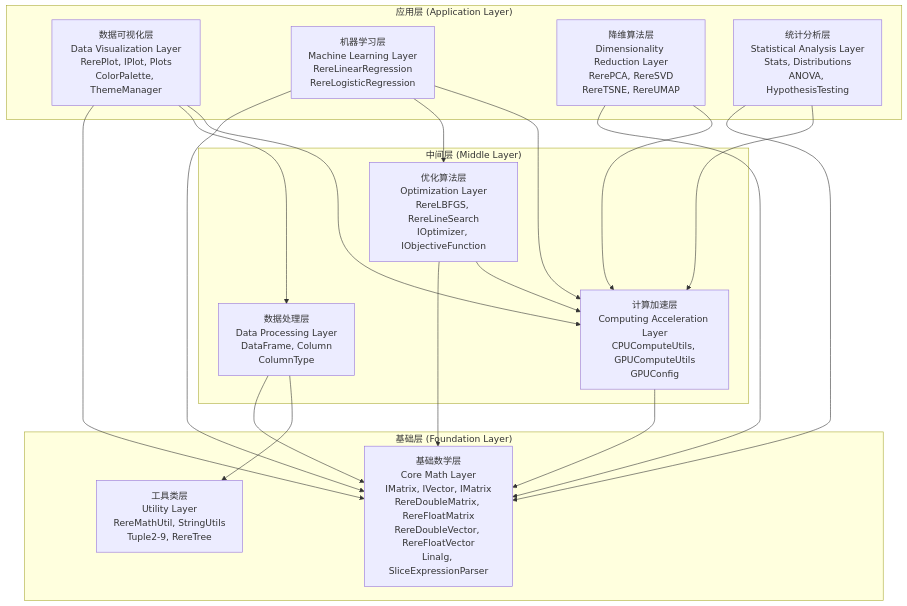
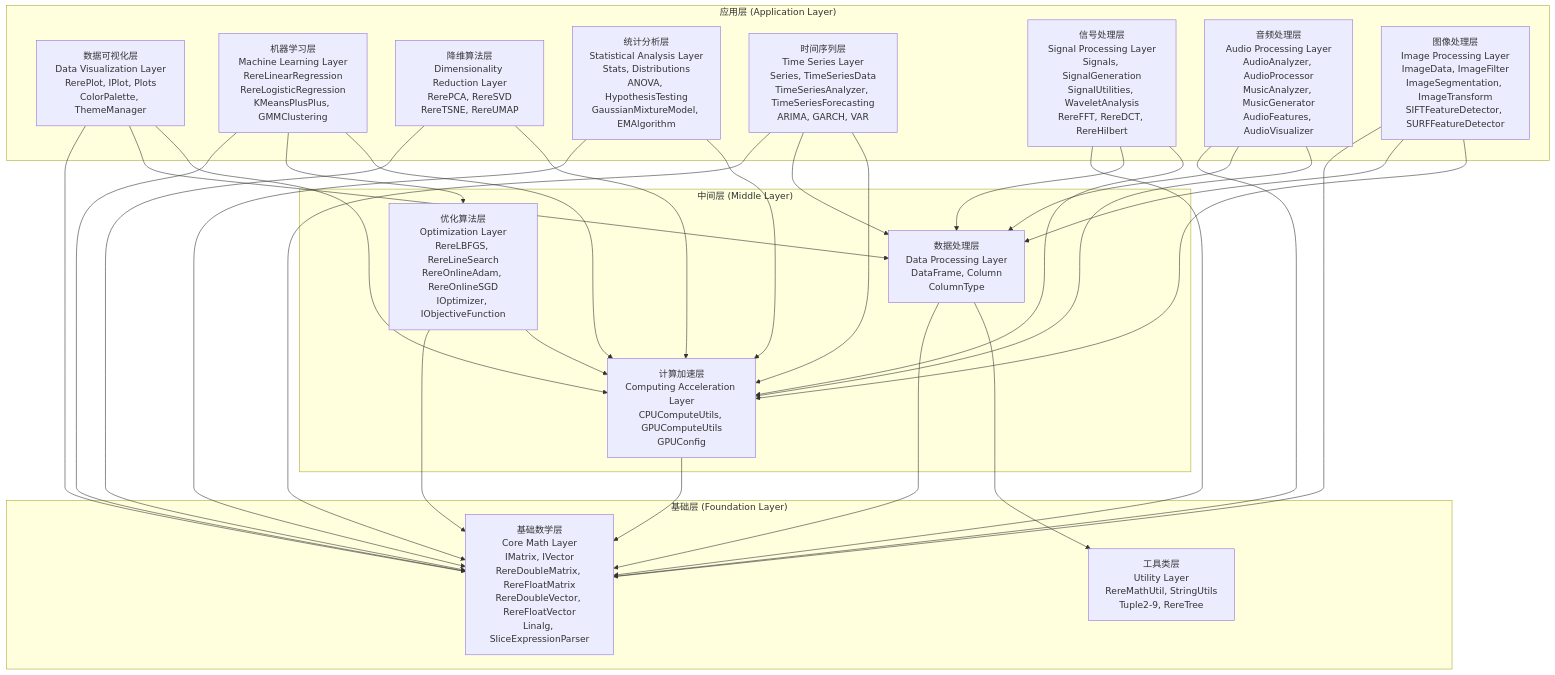
One commit to ScaleFree-Tech/yishape-math changed the diagram in README.md. Above: the diagram before and after it, drawn with Mermaid. The commit also changed other lines of this file and 135 other files, not shown here.

````diff
--- a/README.md
+++ b/README.md
@@ -432,36 +486,52 @@
 ```mermaid
 graph TB
     subgraph "应用层 (Application Layer)"
         VIZ[数据可视化层<br/>Data Visualization Layer<br/>RerePlot, IPlot, Plots<br/>ColorPalette, ThemeManager]
-        ML[机器学习层<br/>Machine Learning Layer<br/>RereLinearRegression<br/>RereLogisticRegression]
+        ML[机器学习层<br/>Machine Learning Layer<br/>RereLinearRegression<br/>RereLogisticRegression<br/>KMeansPlusPlus, GMMClustering]
         DIM[降维算法层<br/>Dimensionality Reduction Layer<br/>RerePCA, RereSVD<br/>RereTSNE, RereUMAP]
-        STAT[统计分析层<br/>Statistical Analysis Layer<br/>Stats, Distributions<br/>ANOVA, HypothesisTesting]
+        STAT[统计分析层<br/>Statistical Analysis Layer<br/>Stats, Distributions<br/>ANOVA, HypothesisTesting<br/>GaussianMixtureModel, EMAlgorithm]
+        TS[时间序列层<br/>Time Series Layer<br/>Series, TimeSeriesData<br/>TimeSeriesAnalyzer, TimeSeriesForecasting<br/>ARIMA, GARCH, VAR]
+        SIG[信号处理层<br/>Signal Processing Layer<br/>Signals, SignalGeneration<br/>SignalUtilities, WaveletAnalysis<br/>RereFFT, RereDCT, RereHilbert]
+        AUD[音频处理层<br/>Audio Processing Layer<br/>AudioAnalyzer, AudioProcessor<br/>MusicAnalyzer, MusicGenerator<br/>AudioFeatures, AudioVisualizer]
+        IMG[图像处理层<br/>Image Processing Layer<br/>ImageData, ImageFilter<br/>ImageSegmentation, ImageTransform<br/>SIFTFeatureDetector, SURFFeatureDetector]
     end
     
     subgraph "中间层 (Middle Layer)"
         DATA[数据处理层<br/>Data Processing Layer<br/>DataFrame, Column<br/>ColumnType]
-        OPT[优化算法层<br/>Optimization Layer<br/>RereLBFGS, RereLineSearch<br/>IOptimizer, IObjectiveFunction]
+        OPT[优化算法层<br/>Optimization Layer<br/>RereLBFGS, RereLineSearch<br/>RereOnlineAdam, RereOnlineSGD<br/>IOptimizer, IObjectiveFunction]
         COMP[计算加速层<br/>Computing Acceleration Layer<br/>CPUComputeUtils, GPUComputeUtils<br/>GPUConfig]
     end
     
     subgraph "基础层 (Foundation Layer)"
-        MATH[基础数学层<br/>Core Math Layer<br/>IMatrix, IVector, IMatrix<br/>RereDoubleMatrix, RereFloatMatrix<br/>RereDoubleVector, RereFloatVector<br/>Linalg, SliceExpressionParser]
+        MATH[基础数学层<br/>Core Math Layer<br/>IMatrix, IVector<br/>RereDoubleMatrix, RereFloatMatrix<br/>RereDoubleVector, RereFloatVector<br/>Linalg, SliceExpressionParser]
         UTIL[工具类层<br/>Utility Layer<br/>RereMathUtil, StringUtils<br/>Tuple2-9, RereTree]
     end
     
     VIZ --> MATH
     VIZ --> DATA
     VIZ --> COMP
     ML --> MATH
     ML --> OPT
     ML --> COMP
     DIM --> MATH
     DIM --> COMP
     STAT --> MATH
     STAT --> COMP
+    TS --> MATH
+    TS --> DATA
+    TS --> COMP
+    SIG --> MATH
+    SIG --> DATA
+    SIG --> COMP
+    AUD --> MATH
+    AUD --> DATA
+    AUD --> COMP
+    IMG --> MATH
+    IMG --> DATA
+    IMG --> COMP
     DATA --> MATH
     DATA --> UTIL
     OPT --> MATH
     OPT --> COMP
     COMP --> MATH
 ```
````
